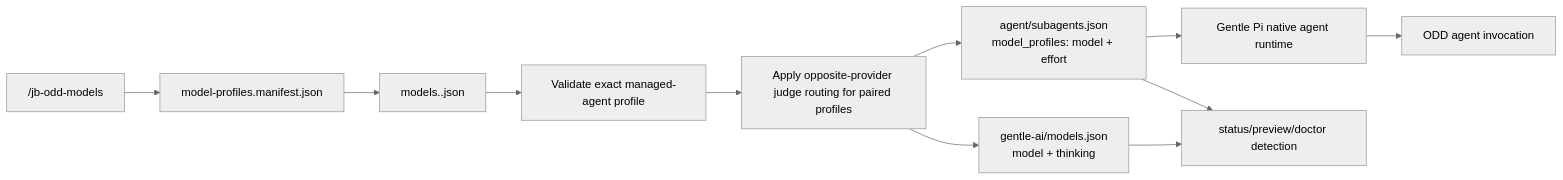
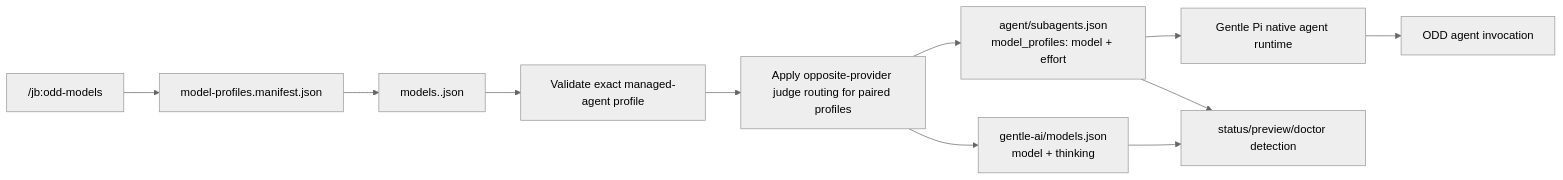
One commit to julianbruno/pioddmodelswitch changed the diagram in MODEL_SWITCHING.md. Above: the diagram before and after it, drawn with Mermaid (neutral theme). The commit also changed other lines of this file and 23 other files, not shown here.

First line of the commit message:
feat!: namespace model command as jb:odd-models for v2.0.0

````diff
--- a/MODEL_SWITCHING.md
+++ b/MODEL_SWITCHING.md
@@ -26,13 +26,13 @@
 ```mermaid
 flowchart LR
-  C["/jb-odd-models <profile>"] --> M["model-profiles.manifest.json"]
+  C["/jb:odd-models <profile>"] --> M["model-profiles.manifest.json"]
   M --> P["models.<profile>.json"]
   P --> V["Validate exact managed-agent profile"]
   V --> O["Apply opposite-provider judge routing for paired profiles"]
   O --> A["gentle-ai/models.json\nmodel + thinking"]
   O --> R["agent/subagents.json\nmodel_profiles: model + effort"]
   R --> G["Gentle Pi native agent runtime"]
   G --> S["ODD agent invocation"]
   A --> T["status/preview/doctor detection"]
   R --> T
 ```
````
